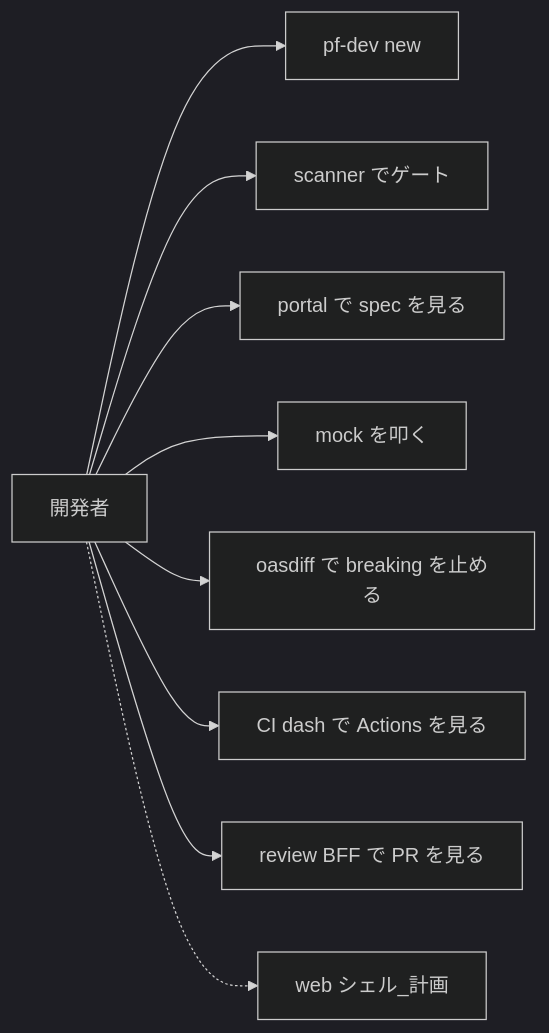
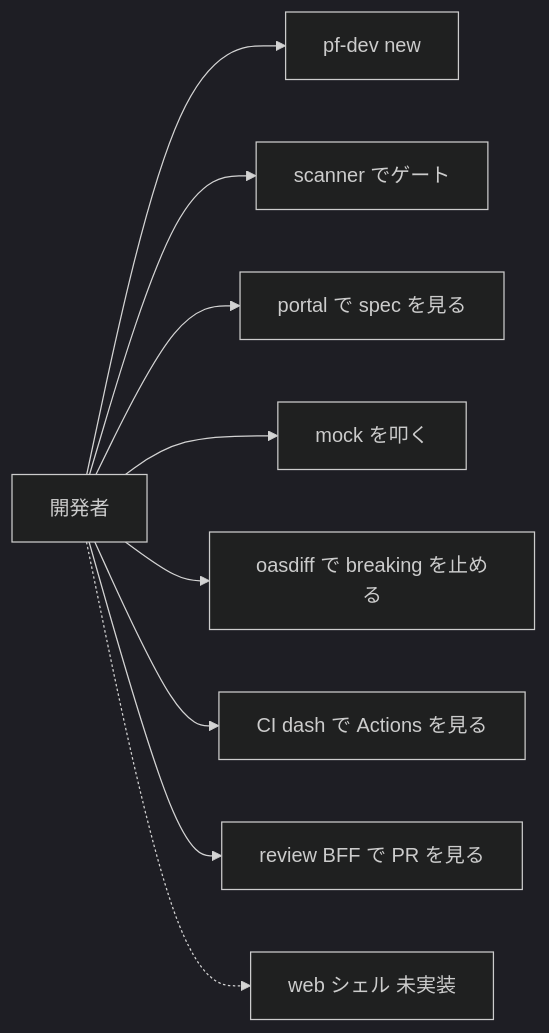
Before and after one commit to maeplego/portfolio-plan: the first of 3 diagrams in portfolio-plan/developer-platform/docs/06-diagrams.md, drawn with Mermaid (dark theme). The commit also changed other lines of this file and 111 other files, not shown here.

````diff
--- a/portfolio-plan/developer-platform/docs/06-diagrams.md
+++ b/portfolio-plan/developer-platform/docs/06-diagrams.md
@@ -11,11 +11,11 @@
 ```mermaid
 flowchart LR
   Dev[開発者] --> UC1[pf-dev new]
   Dev --> UC2[scanner でゲート]
   Dev --> UC3[portal で spec を見る]
   Dev --> UC4[mock を叩く]
   Dev --> UC5[oasdiff で breaking を止める]
   Dev --> UC6[CI dash で Actions を見る]
   Dev --> UC7[review BFF で PR を見る]
-  Dev -.-> UC8[web シェル_計画]
+  Dev -.-> UC8[web シェル 未実装]
 ```
````
